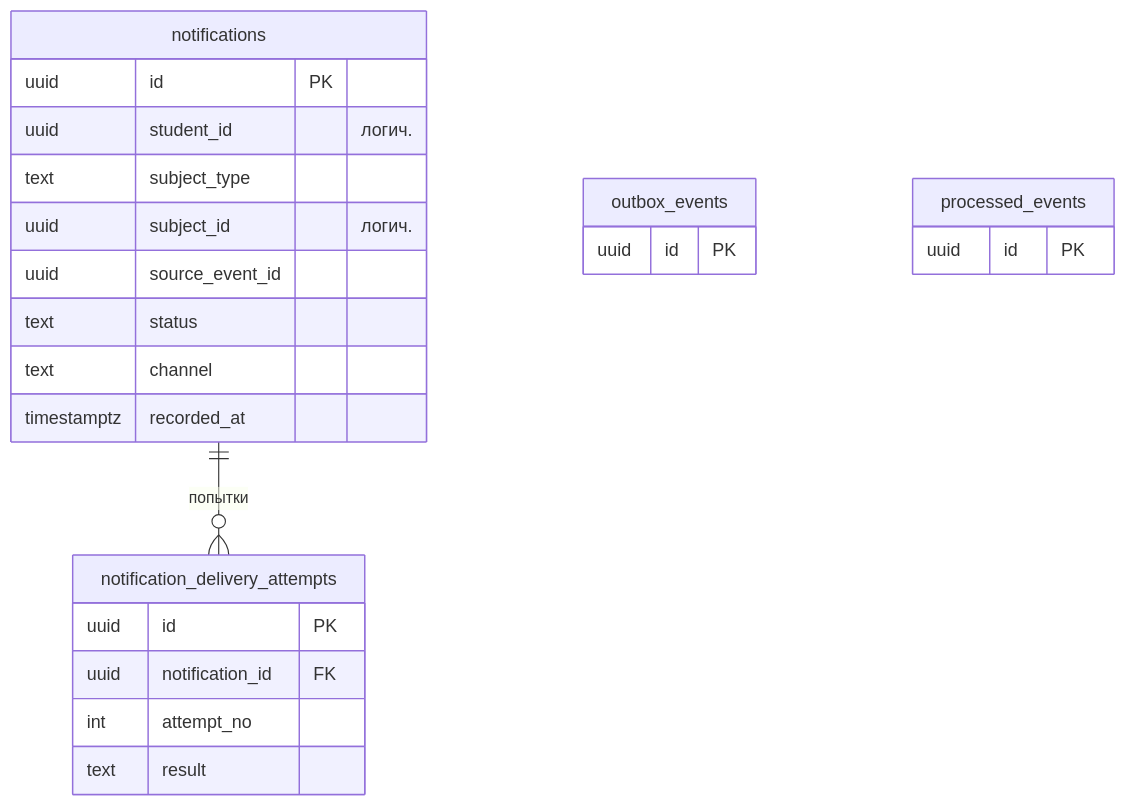
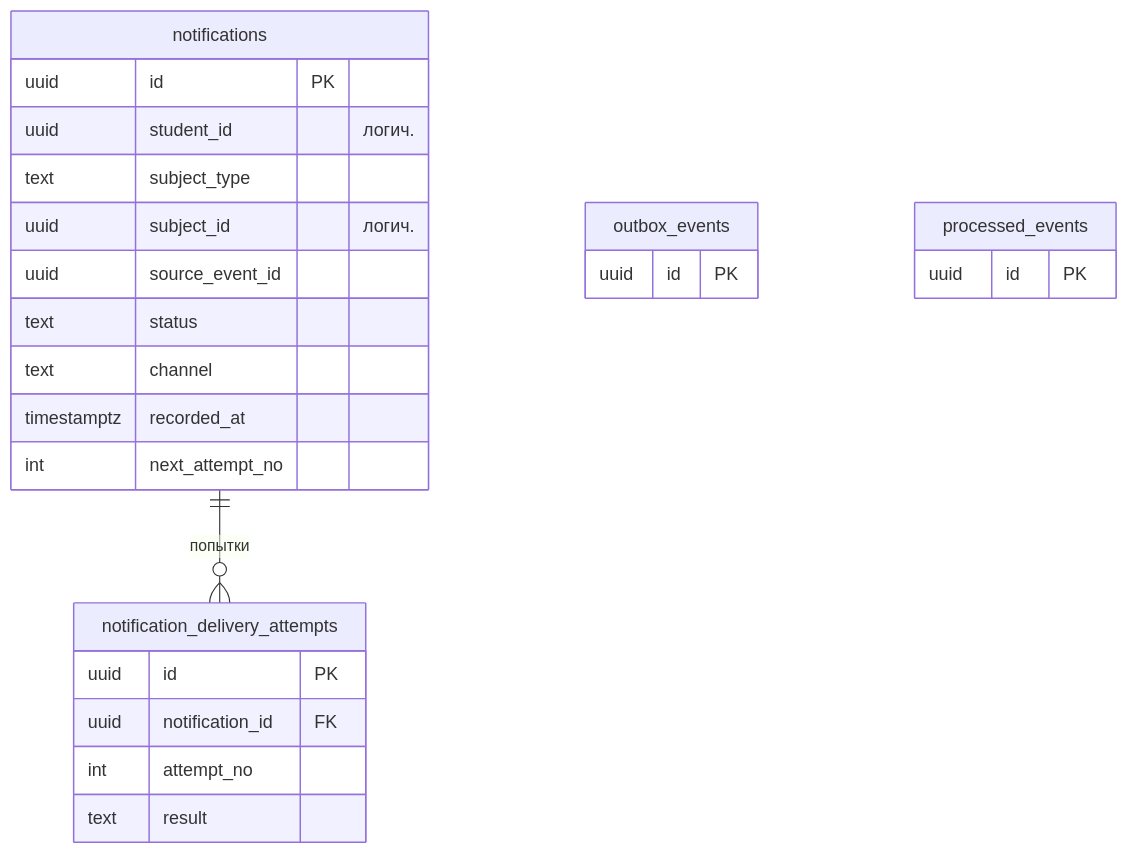
The diagram in docs/architecture/diagrams/er-notifications.mmd (lostsky25/LessonPlus), drawn with Mermaid before and after one commit. The commit also changed 19 other files, not shown here.

```diff
--- a/docs/architecture/diagrams/er-notifications.mmd
+++ b/docs/architecture/diagrams/er-notifications.mmd
@@ -1,26 +1,27 @@
 %% ER. Проект схемы notifications. Набор полей сокращён; имена совпадают с ddl/notifications.sql.
 %% student_id и subject_id — логические. UNIQUE (source_event_id, student_id, channel): несколько поручений на один факт.
 erDiagram
   notifications ||--o{ notification_delivery_attempts : "попытки"
   notifications {
     uuid id PK
     uuid student_id "логич."
     text subject_type
     uuid subject_id "логич."
     uuid source_event_id
     text status
     text channel
     timestamptz recorded_at
+    int next_attempt_no
   }
   notification_delivery_attempts {
     uuid id PK
     uuid notification_id FK
     int attempt_no
     text result
   }
   outbox_events {
     uuid id PK
   }
   processed_events {
     uuid id PK
   }
```
